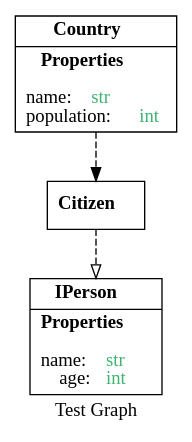
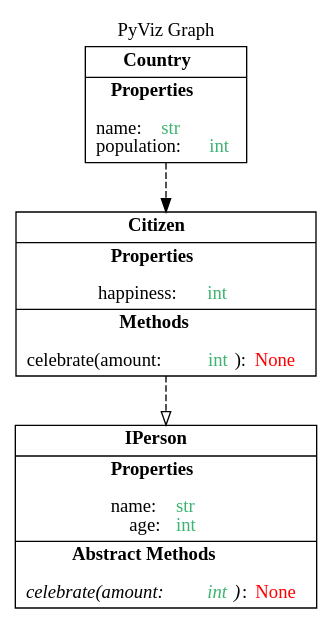
One commit to KCarretto/pyviz changed the diagram in docs/source/diagrams/simple_example.dot. Above: the diagram before and after it, drawn with Graphviz. The commit also changed 5 other files, not shown here.

```diff
--- a/docs/source/diagrams/simple_example.dot
+++ b/docs/source/diagrams/simple_example.dot
@@ -1,30 +1,32 @@
 digraph g {
-	label="Test Graph"
-
+	label="PyViz Graph"
+	labelloc="top"
+	
 	// Objects
 	Country [label=< {<B>Country</B>
 		|<B>Properties</B>
 			<BR/><BR/>name: <FONT COLOR="mediumseagreen">str</FONT>
 			<BR ALIGN="LEFT"/>population: <FONT COLOR="mediumseagreen">int</FONT>
 	} > shape="record"];
-
 	IPerson [label=< {<B>IPerson</B>
 		|<B>Properties</B>
 			<BR/><BR/>name: <FONT COLOR="mediumseagreen">str</FONT>
 			<BR ALIGN="LEFT"/>age: <FONT COLOR="mediumseagreen">int</FONT>
+		|<B>Abstract Methods</B>
+			<BR/><BR/><I>celebrate(amount: <FONT COLOR="mediumseagreen">int</FONT>)</I>: <FONT COLOR="red">None</FONT>
 	} > shape="record"];
-
 	Citizen [label=< {<B>Citizen</B>
+		|<B>Properties</B>
+			<BR/><BR/>happiness: <FONT COLOR="mediumseagreen">int</FONT>
+		|<B>Methods</B>
+			<BR/><BR/>celebrate(amount: <FONT COLOR="mediumseagreen">int</FONT>): <FONT COLOR="red">None</FONT>
 	} > shape="record"];
-
-
+	
 	// Dependencies
-	edge [style=dashed]
-
+	edge [style="dashed"];
 	Country -> Citizen;
-
+	
 	// Inheritance
-	edge [style=dashed arrowhead=empty]
-
+	edge [style="dashed" arrowhead="empty"];
 	Citizen -> IPerson;
 }
```
